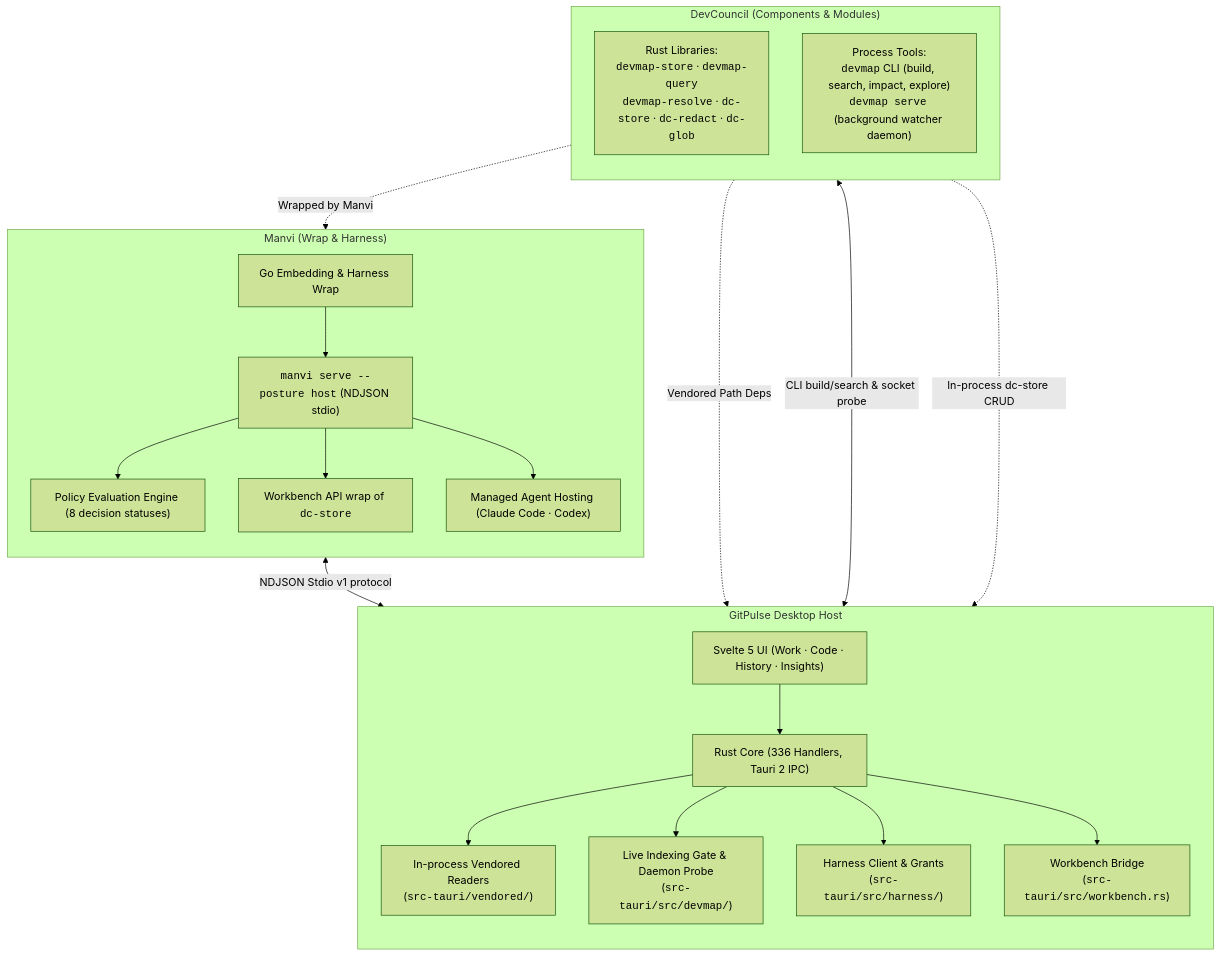
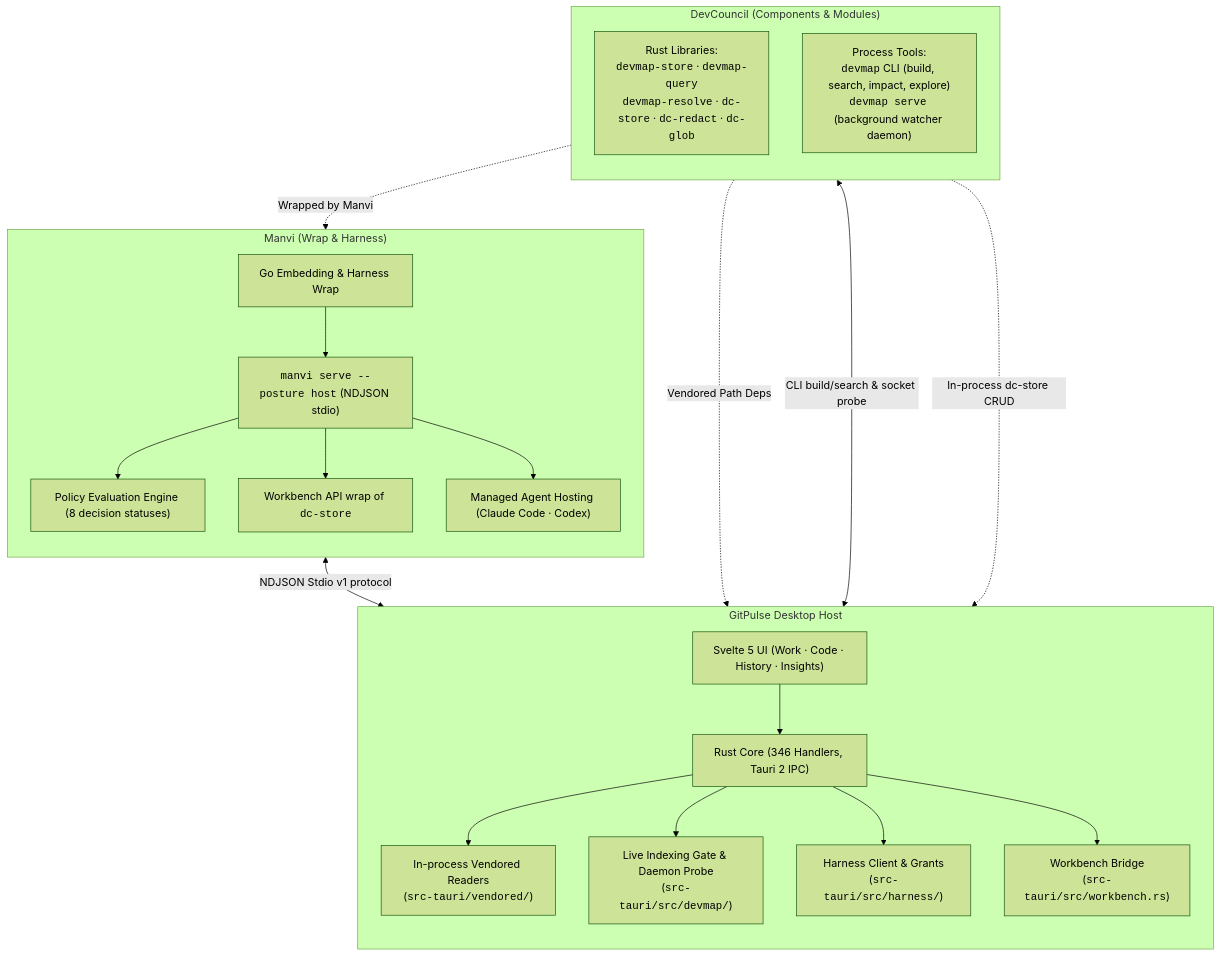
One commit to bharathvbcr/GitPulse changed the first of 3 diagrams in docs/MODULE_INTEGRATION.md. Above: the diagram before and after it, drawn with Mermaid (forest theme). The commit also changed 58 other files, not shown here.

````diff
--- a/docs/MODULE_INTEGRATION.md
+++ b/docs/MODULE_INTEGRATION.md
@@ -40,43 +40,43 @@
 ```mermaid
 flowchart TD
     subgraph DevCouncil["DevCouncil (Components & Modules)"]
         direction TB
         DCLibs["Rust Libraries:<br/><code>devmap-store</code> · <code>devmap-query</code><br/><code>devmap-resolve</code> · <code>dc-store</code> · <code>dc-redact</code> · <code>dc-glob</code>"]
         DCCLI["Process Tools:<br/><code>devmap</code> CLI (build, search, impact, explore)<br/><code>devmap serve</code> (background watcher daemon)"]
     end
 
     subgraph Manvi["Manvi (Wrap & Harness)"]
         direction TB
         ManviWrap["Go Embedding & Harness Wrap"]
         ManviSidecar["<code>manvi serve --posture host</code> (NDJSON stdio)"]
         ManviPolicy["Policy Evaluation Engine (8 decision statuses)"]
         ManviWorkbench["Workbench API wrap of <code>dc-store</code>"]
         ManviAgents["Managed Agent Hosting (Claude Code · Codex)"]
         ManviWrap --> ManviSidecar
         ManviSidecar --> ManviPolicy
         ManviSidecar --> ManviWorkbench
         ManviSidecar --> ManviAgents
     end
 
     subgraph GitPulseHost["GitPulse Desktop Host"]
         direction TB
         UIHost["Svelte 5 UI (Work · Code · History · Insights)"]
-        RustIPC["Rust Core (336 Handlers, Tauri 2 IPC)"]
+        RustIPC["Rust Core (346 Handlers, Tauri 2 IPC)"]
         InProcessReaders["In-process Vendored Readers<br/>(<code>src-tauri/vendored/</code>)"]
         CLIGate["Live Indexing Gate & Daemon Probe<br/>(<code>src-tauri/src/devmap/</code>)"]
         HarnessClient["Harness Client & Grants<br/>(<code>src-tauri/src/harness/</code>)"]
         WorkbenchCmd["Workbench Bridge<br/>(<code>src-tauri/src/workbench.rs</code>)"]
 
         UIHost --> RustIPC
         RustIPC --> InProcessReaders
         RustIPC --> CLIGate
         RustIPC --> HarnessClient
         RustIPC --> WorkbenchCmd
     end
 
     DCLibs -.->|Vendored Path Deps| InProcessReaders
     DCCLI <-->|CLI build/search & socket probe| CLIGate
     DCLibs -.->|Wrapped by Manvi| ManviWorkbench
     ManviSidecar <-->|NDJSON Stdio v1 protocol| HarnessClient
     DCLibs -.->|In-process dc-store CRUD| WorkbenchCmd
 ```
````
